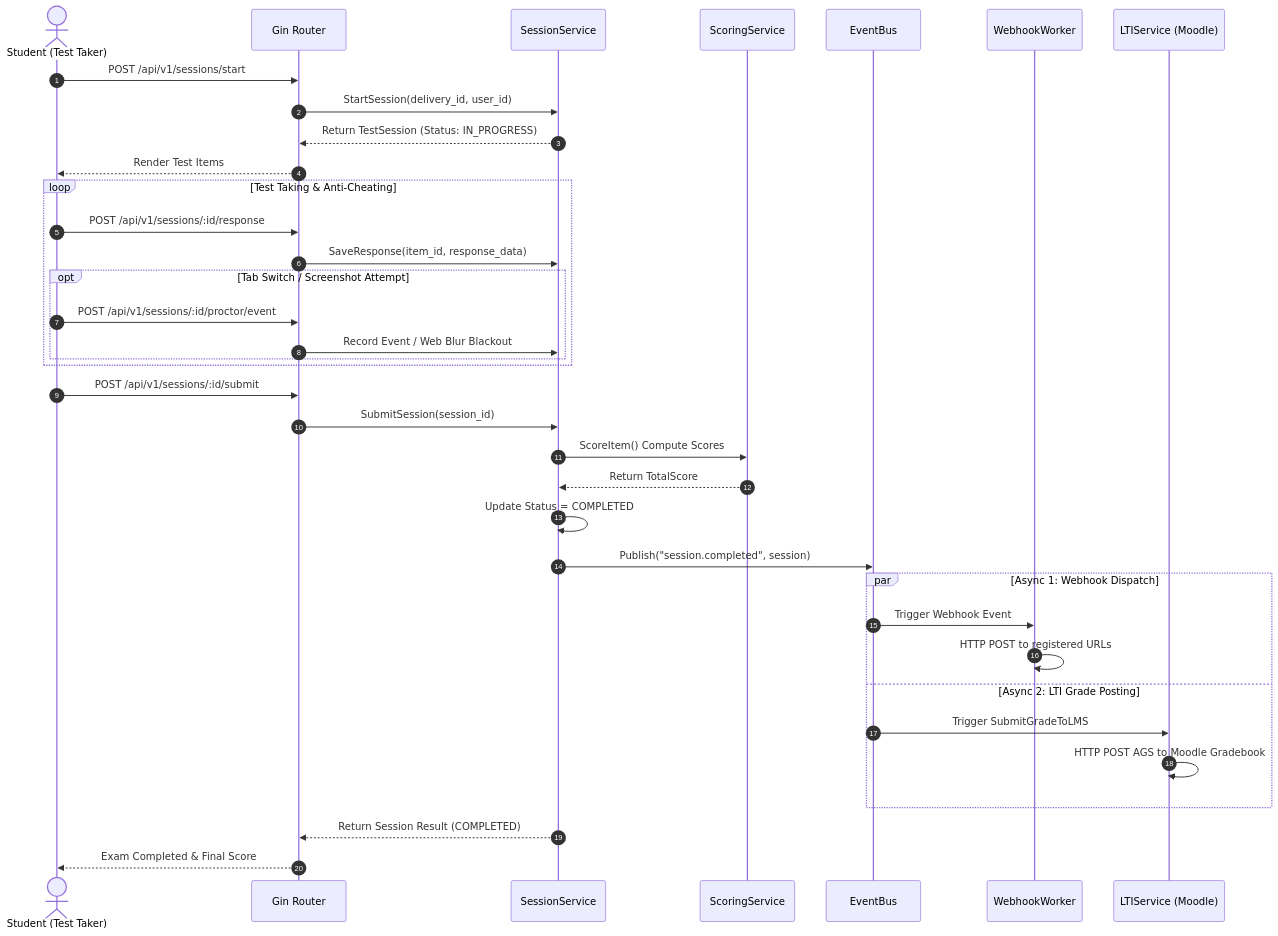
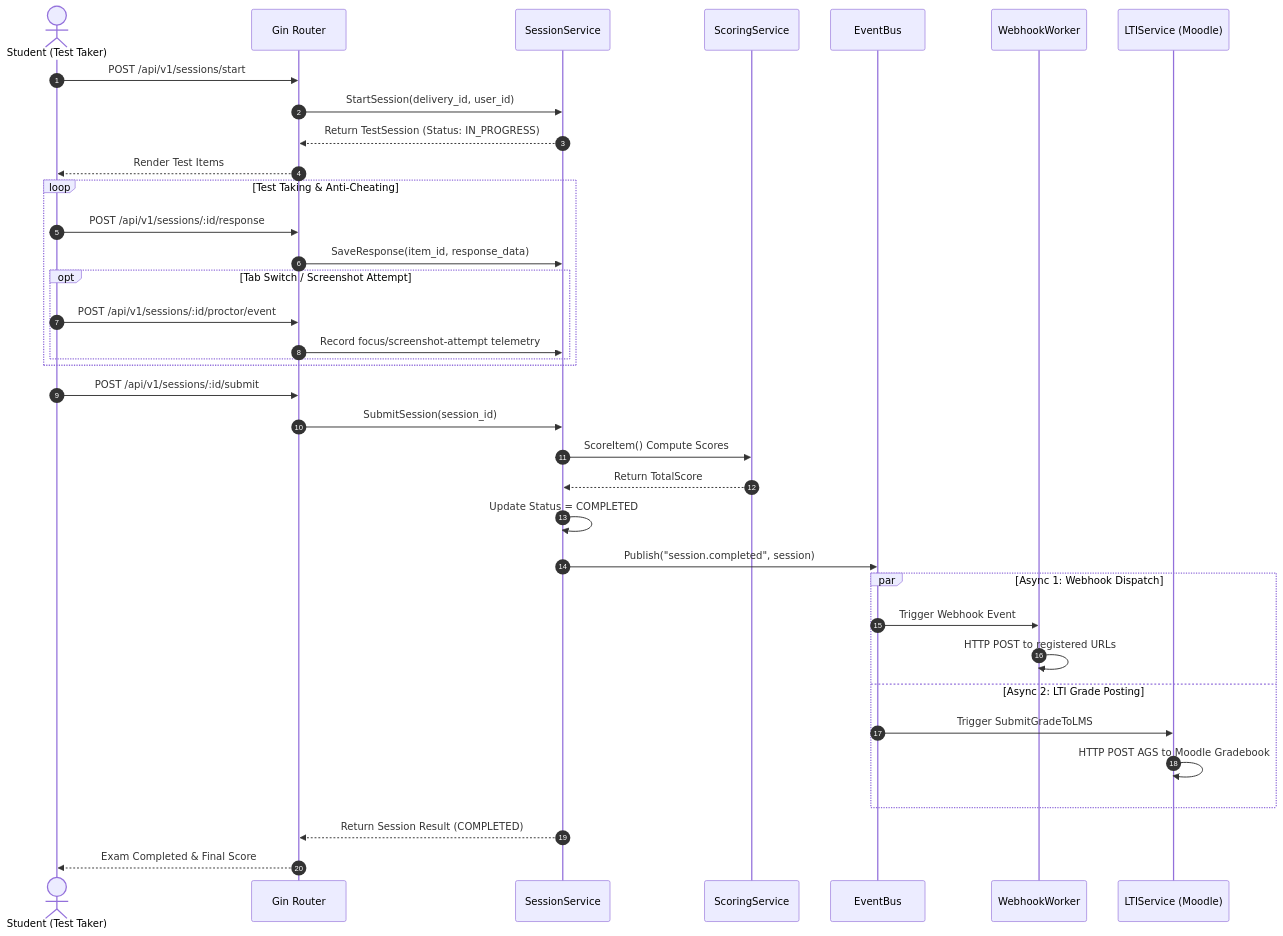
The second of 8 diagrams in README.md (allen19970828/tao-core-go), drawn with Mermaid before and after one commit. The commit also changed other lines of this file and 48 other files, not shown here.

````diff
--- a/README.md
+++ b/README.md
@@ -114,45 +111,45 @@
 ```mermaid
 sequenceDiagram
     autonumber
     actor Student as Student (Test Taker)
     participant API as Gin Router
     participant Session as SessionService
     participant Scoring as ScoringService
     participant EventBus as EventBus
     participant Webhook as WebhookWorker
     participant LTI as LTIService (Moodle)
 
     Student->>API: POST /api/v1/sessions/start
     API->>Session: StartSession(delivery_id, user_id)
     Session-->>API: Return TestSession (Status: IN_PROGRESS)
     API-->>Student: Render Test Items
 
     loop Test Taking & Anti-Cheating
         Student->>API: POST /api/v1/sessions/:id/response
         API->>Session: SaveResponse(item_id, response_data)
         
         opt Tab Switch / Screenshot Attempt
             Student->>API: POST /api/v1/sessions/:id/proctor/event
-            API->>Session: Record Event / Web Blur Blackout
+            API->>Session: Record focus/screenshot-attempt telemetry
         end
     end
 
     Student->>API: POST /api/v1/sessions/:id/submit
     API->>Session: SubmitSession(session_id)
     Session->>Scoring: ScoreItem() Compute Scores
     Scoring-->>Session: Return TotalScore
     Session->>Session: Update Status = COMPLETED
 
     Session->>EventBus: Publish("session.completed", session)
     
     par Async 1: Webhook Dispatch
         EventBus->>Webhook: Trigger Webhook Event
         Webhook->>Webhook: HTTP POST to registered URLs
     and Async 2: LTI Grade Posting
         EventBus->>LTI: Trigger SubmitGradeToLMS
         LTI->>LTI: HTTP POST AGS to Moodle Gradebook
     end
 
     Session-->>API: Return Session Result (COMPLETED)
     API-->>Student: Exam Completed & Final Score
 ```
````
